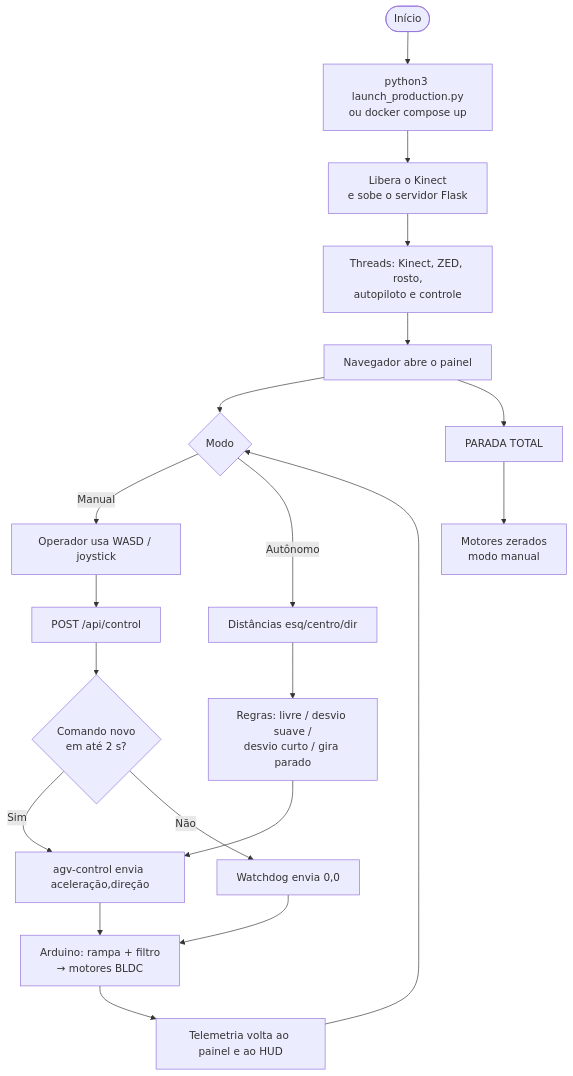
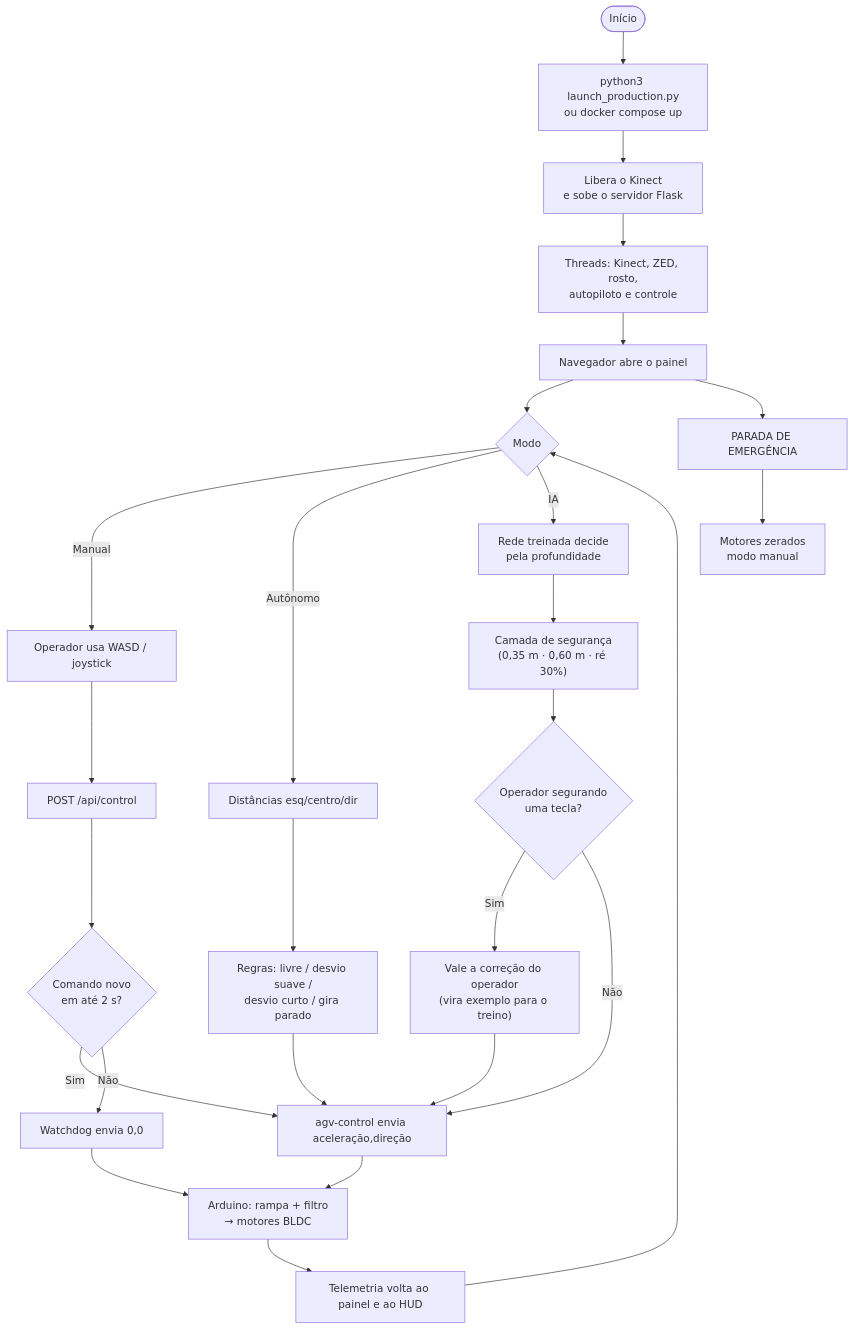
The fourth of 8 diagrams in README.md (Kauan-V-Marques/AGV), drawn with Mermaid before and after one commit. The commit also changed other lines of this file and 9 other files, not shown here.

````diff
--- a/README.md
+++ b/README.md
@@ -716,21 +831,27 @@
 ```mermaid
 flowchart TD
     A([Início]) --> B["python3 launch_production.py<br/>ou docker compose up"]
     B --> C["Libera o Kinect<br/>e sobe o servidor Flask"]
     C --> D["Threads: Kinect, ZED, rosto,<br/>autopiloto e controle"]
     D --> E["Navegador abre o painel"]
     E --> F{Modo}
     F -- Manual --> G["Operador usa WASD / joystick"]
     G --> H["POST /api/control"]
     H --> I{"Comando novo<br/>em até 2 s?"}
     I -- Sim --> J["agv-control envia aceleração,direção"]
     I -- Não --> K["Watchdog envia 0,0"]
     F -- Autônomo --> L["Distâncias esq/centro/dir"]
     L --> M["Regras: livre / desvio suave /<br/>desvio curto / gira parado"]
     M --> J
+    F -- IA --> R["Rede treinada decide<br/>pela profundidade"]
+    R --> S["Camada de segurança<br/>(0,35 m · 0,60 m · ré 30%)"]
+    S --> T{"Operador segurando<br/>uma tecla?"}
+    T -- Sim --> U["Vale a correção do operador<br/>(vira exemplo para o treino)"]
+    T -- Não --> J
+    U --> J
     J --> N["Arduino: rampa + filtro<br/>→ motores BLDC"]
     K --> N
     N --> O["Telemetria volta ao painel e ao HUD"]
     O --> F
-    E --> P["PARADA TOTAL"] --> Q["Motores zerados<br/>modo manual"]
+    E --> P["PARADA DE EMERGÊNCIA"] --> Q["Motores zerados<br/>modo manual"]
 ```
````
